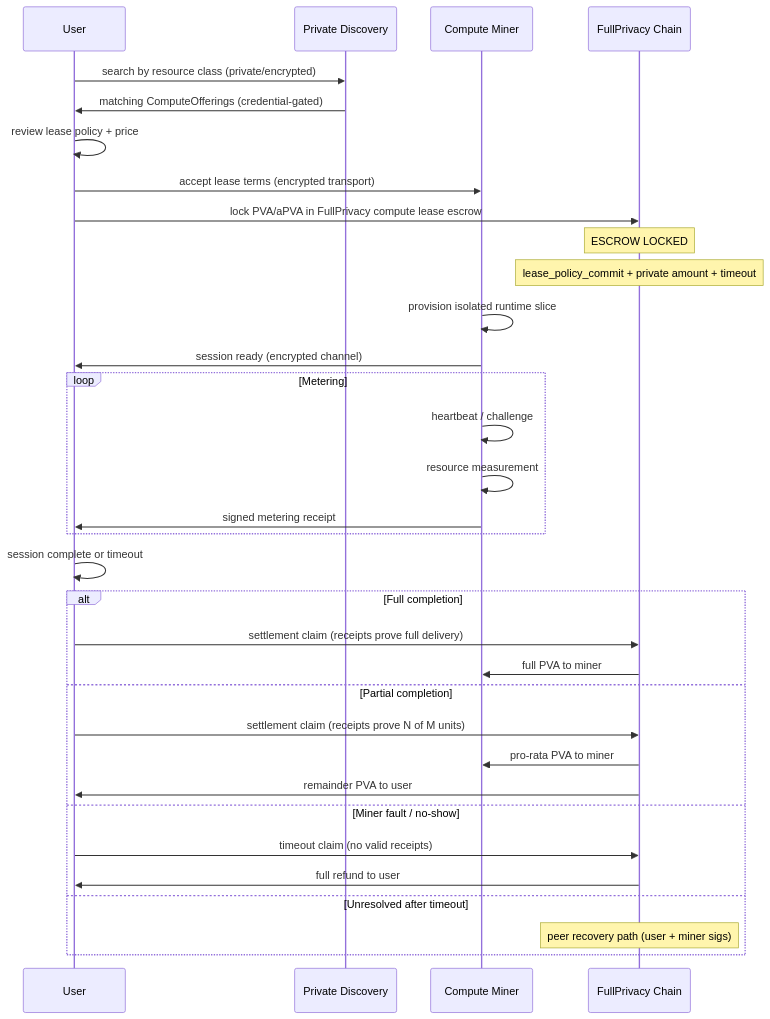
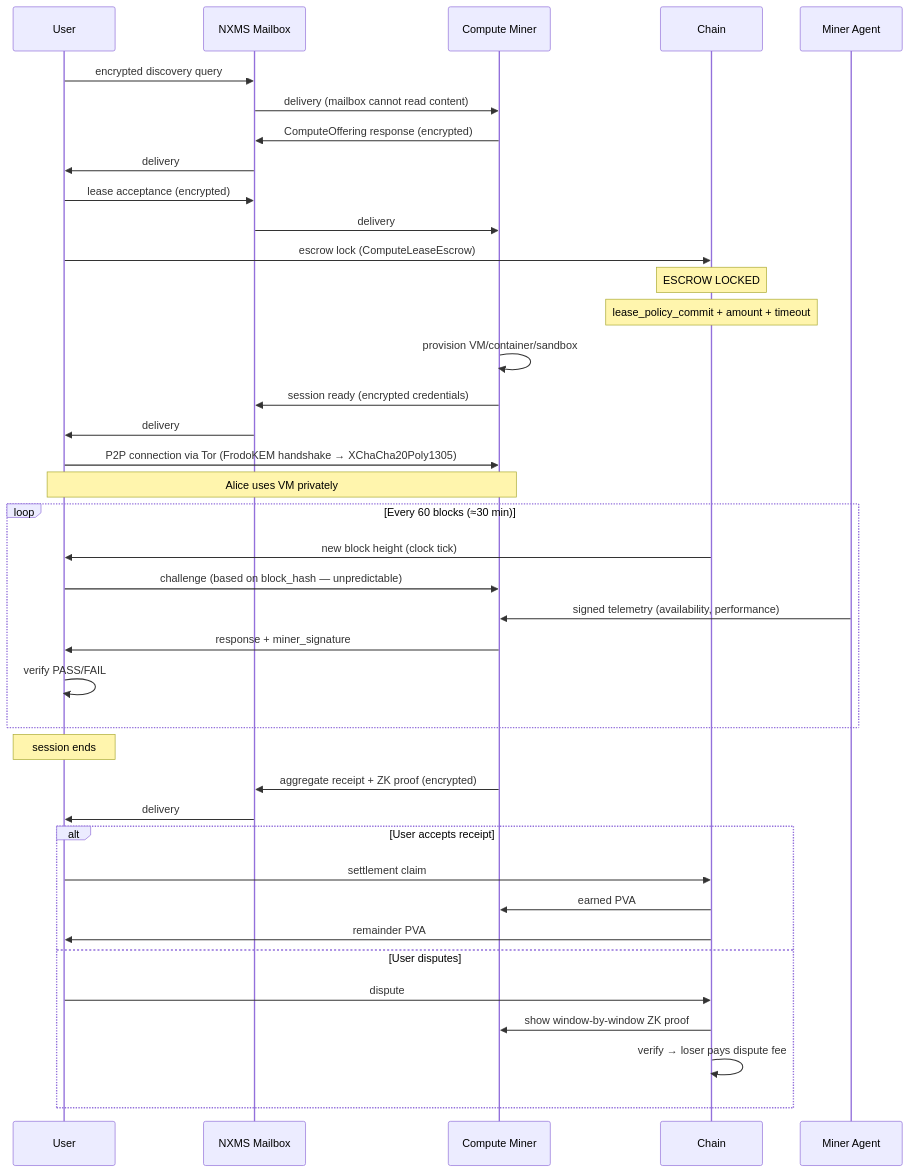
The third of 12 diagrams in spec/PRIVAI_V0_PRIVATE_COMPUTE/PRIVAI_V0_DIAGRAMS.md (niirmataa/privAI), drawn with Mermaid before and after one commit. The commit also changed other lines of this file and 211 other files, not shown here.

First line of the commit message:
privAI V0: compute lease types, metering, identity, discovery, hidden sender spec, podsumowanie

````diff
--- a/spec/PRIVAI_V0_PRIVATE_COMPUTE/PRIVAI_V0_DIAGRAMS.md
+++ b/spec/PRIVAI_V0_PRIVATE_COMPUTE/PRIVAI_V0_DIAGRAMS.md
@@ -100,41 +97,50 @@
 ```mermaid
 sequenceDiagram
     participant U as User
-    participant D as Private Discovery
+    participant NXMS as NXMS Mailbox
     participant CM as Compute Miner
-    participant L as FullPrivacy Chain
+    participant L as Chain
+    participant AGENT as Miner Agent
 
-    U->>D: search by resource class (private/encrypted)
-    D->>U: matching ComputeOfferings (credential-gated)
-    U->>U: review lease policy + price
-    U->>CM: accept lease terms (encrypted transport)
-    U->>L: lock PVA/aPVA in FullPrivacy compute lease escrow
+    U->>NXMS: encrypted discovery query
+    NXMS->>CM: delivery (mailbox cannot read content)
+    CM->>NXMS: ComputeOffering response (encrypted)
+    NXMS->>U: delivery
+
+    U->>NXMS: lease acceptance (encrypted)
+    NXMS->>CM: delivery
+    U->>L: escrow lock (ComputeLeaseEscrow)
 
     Note over L: ESCROW LOCKED
-    Note over L: lease_policy_commit + private amount + timeout
+    Note over L: lease_policy_commit + amount + timeout
 
-    CM->>CM: provision isolated runtime slice
-    CM->>U: session ready (encrypted channel)
+    CM->>CM: provision VM/container/sandbox
+    CM->>NXMS: session ready (encrypted credentials)
+    NXMS->>U: delivery
 
-    loop Metering
-        CM->>CM: heartbeat / challenge
-        CM->>CM: resource measurement
-        CM->>U: signed metering receipt
+    U->>CM: P2P connection via Tor (FrodoKEM handshake → XChaCha20Poly1305)
+    Note over U,CM: Alice uses VM privately
+
+    loop Every 60 blocks (≈30 min)
+        L->>U: new block height (clock tick)
+        U->>CM: challenge (based on block_hash — unpredictable)
+        AGENT->>CM: signed telemetry (availability, performance)
+        CM->>U: response + miner_signature
+        U->>U: verify PASS/FAIL
     end
 
-    U->>U: session complete or timeout
+    Note over U: session ends
 
-    alt Full completion
-        U->>L: settlement claim (receipts prove full delivery)
-        L->>CM: full PVA to miner
-    else Partial completion
-        U->>L: settlement claim (receipts prove N of M units)
-        L->>CM: pro-rata PVA to miner
-        L->>U: remainder PVA to user
-    else Miner fault / no-show
-        U->>L: timeout claim (no valid receipts)
-        L->>U: full refund to user
-    else Unresolved after timeout
-        Note over L: peer recovery path (user + miner sigs)
+    CM->>NXMS: aggregate receipt + ZK proof (encrypted)
+    NXMS->>U: delivery
+
+    alt User accepts receipt
+        U->>L: settlement claim
+        L->>CM: earned PVA
+        L->>U: remainder PVA
+    else User disputes
+        U->>L: dispute
+        L->>CM: show window-by-window ZK proof
+        L->>L: verify → loser pays dispute fee
     end
 ```
````
